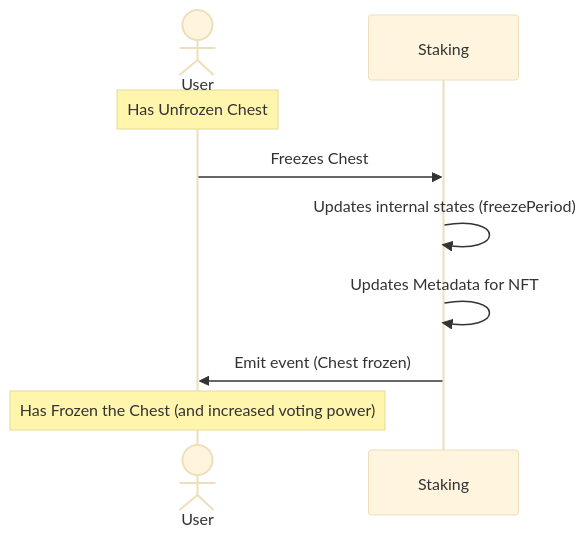
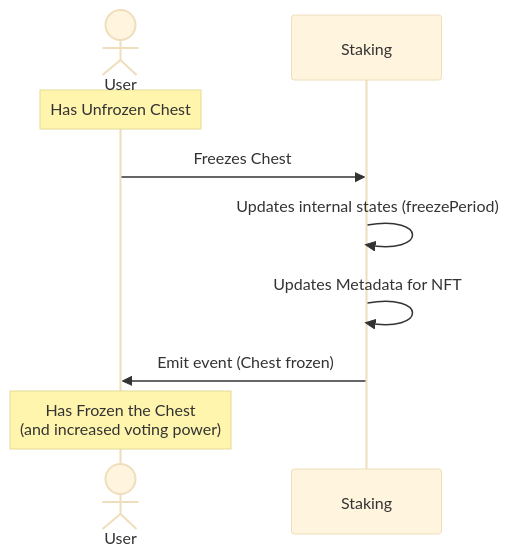
The third of 6 diagrams in docs/StakingUml.md (omahs/jelly-verse-contracts), drawn with Mermaid (base theme) before and after one commit. The commit also changed other lines of this file, not shown here.

````diff
--- a/docs/StakingUml.md
+++ b/docs/StakingUml.md
@@ -86,12 +86,12 @@
 ```mermaid
 sequenceDiagram
     actor A as User
     participant B as Staking
     Note over A: Has Unfrozen Chest
     A->>B: Freezes Chest
     B->>B: Updates internal states (freezePeriod)
     B->>B: Updates Metadata for NFT
     B->>A: Emit event (Chest frozen)
-    Note over A: Has Frozen the Chest (and increased voting power)
+    Note over A: Has Frozen the Chest <br/>(and increased voting power)
 
 ```
````
